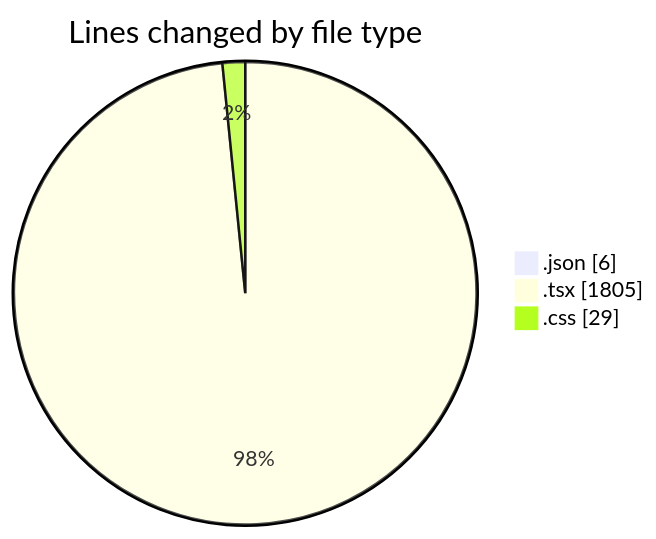
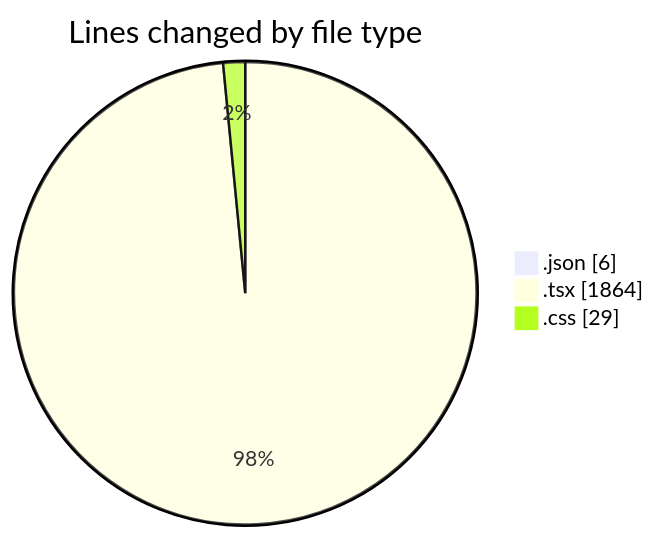
Before and after one commit to Elitesun/code-tracking: the first of 2 diagrams in 2025-04-07/sungpt/README.md, drawn with Mermaid. The commit also changed other lines of this file and 1 other file, not shown here.

````diff
--- a/2025-04-07/sungpt/README.md
+++ b/2025-04-07/sungpt/README.md
@@ -27,7 +27,7 @@
 ```mermaid
 pie showData
 title Lines changed by file type
 ".json" : 6
-".tsx" : 1805
+".tsx" : 1864
 ".css" : 29
 ```
````
